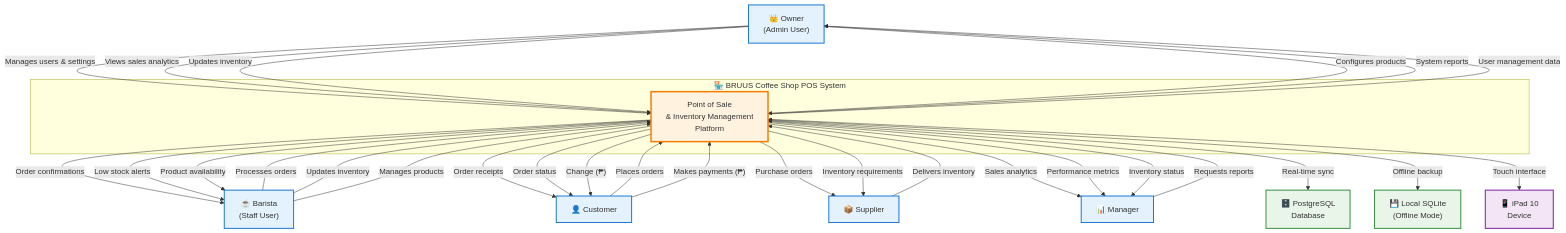
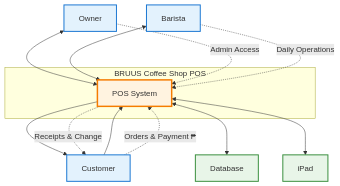
Before and after one commit to koyzxc/Bruus-POS: the diagram in Context-Diagram.md, drawn with Mermaid. The commit also changed other lines of this file, not shown here.

Commit message:
Update coffee shop system diagram for a clearer, simpler visual representation
Refactors the context diagram to simplify external interactions and data flow representations.

Replit-Commit-Author: Agent
Replit-Commit-Session-Id: 1ccb90a9-3b30-496e-a54f-0304709be0e3
Replit-Commit-Screenshot-Url: https://storage.googleapis.com/screenshot-production-us-central1/7371b725-5504-493b-a086-0205a91fb09a/ec865be5-5301-4d7f-81f8-fd9af31583e0.jpg

````diff
--- a/Context-Diagram.md
+++ b/Context-Diagram.md
@@ -5,69 +5,40 @@
 ```mermaid
 graph TB
-    %% External Entities
-    owner["👑 Owner<br/>(Admin User)"]
-    barista["☕ Barista<br/>(Staff User)"]
-    customer["👤 Customer"]
-    supplier["📦 Supplier"]
-    manager["📊 Manager"]
+    %% Main Users
+    owner["Owner"]
+    barista["Barista"]
+    customer["Customer"]
     
     %% Central System
-    subgraph system_boundary ["🏪 BRUUS Coffee Shop POS System"]
-        pos["Point of Sale<br/>& Inventory Management<br/>Platform"]
+    subgraph boundary ["BRUUS Coffee Shop POS"]
+        pos["POS System"]
     end
     
-    %% External Storage/Services
-    database["🗄️ PostgreSQL<br/>Database"]
-    local_storage["💾 Local SQLite<br/>(Offline Mode)"]
-    ipad["📱 iPad 10<br/>Device"]
+    %% External Components
+    database["Database"]
+    ipad["iPad"]
     
-    %% Data Flows - Owner
-    owner -->|"Manages users & settings"| pos
-    owner -->|"Views sales analytics"| pos
-    owner -->|"Updates inventory"| pos
-    owner -->|"Configures products"| pos
-    pos -->|"System reports"| owner
-    pos -->|"User management data"| owner
+    %% Simple Flows
+    owner <--> pos
+    barista <--> pos
+    customer --> pos
+    pos --> customer
     
-    %% Data Flows - Barista
-    barista -->|"Processes orders"| pos
-    barista -->|"Updates inventory"| pos
-    barista -->|"Manages products"| pos
-    pos -->|"Order confirmations"| barista
-    pos -->|"Low stock alerts"| barista
-    pos -->|"Product availability"| barista
+    pos <--> database
+    pos <--> ipad
     
-    %% Data Flows - Customer
-    customer -->|"Places orders"| pos
-    customer -->|"Makes payments (₱)"| pos
-    pos -->|"Order receipts"| customer
-    pos -->|"Order status"| customer
-    pos -->|"Change (₱)"| customer
-    
-    %% Data Flows - Supplier
-    supplier -->|"Delivers inventory"| pos
-    pos -->|"Purchase orders"| supplier
-    pos -->|"Inventory requirements"| supplier
-    
-    %% Data Flows - Manager
-    manager -->|"Requests reports"| pos
-    pos -->|"Sales analytics"| manager
-    pos -->|"Performance metrics"| manager
-    pos -->|"Inventory status"| manager
-    
-    %% System Data Flows
-    pos <-->|"Real-time sync"| database
-    pos <-->|"Offline backup"| local_storage
-    pos <-->|"Touch interface"| ipad
+    %% Labels
+    owner -.->|"Admin Access"| pos
+    barista -.->|"Daily Operations"| pos
+    customer -.->|"Orders & Payment ₱"| pos
+    pos -.->|"Receipts & Change"| customer
     
     %% Styling
     classDef user fill:#e3f2fd,stroke:#1976d2,stroke-width:2px
     classDef system fill:#fff3e0,stroke:#f57c00,stroke-width:3px
-    classDef storage fill:#e8f5e8,stroke:#388e3c,stroke-width:2px
-    classDef device fill:#f3e5f5,stroke:#7b1fa2,stroke-width:2px
+    classDef tech fill:#e8f5e8,stroke:#388e3c,stroke-width:2px
     
-    class owner,barista,customer,supplier,manager user
+    class owner,barista,customer user
     class pos system
-    class database,local_storage storage
-    class ipad device
+    class database,ipad tech
 ```
````
